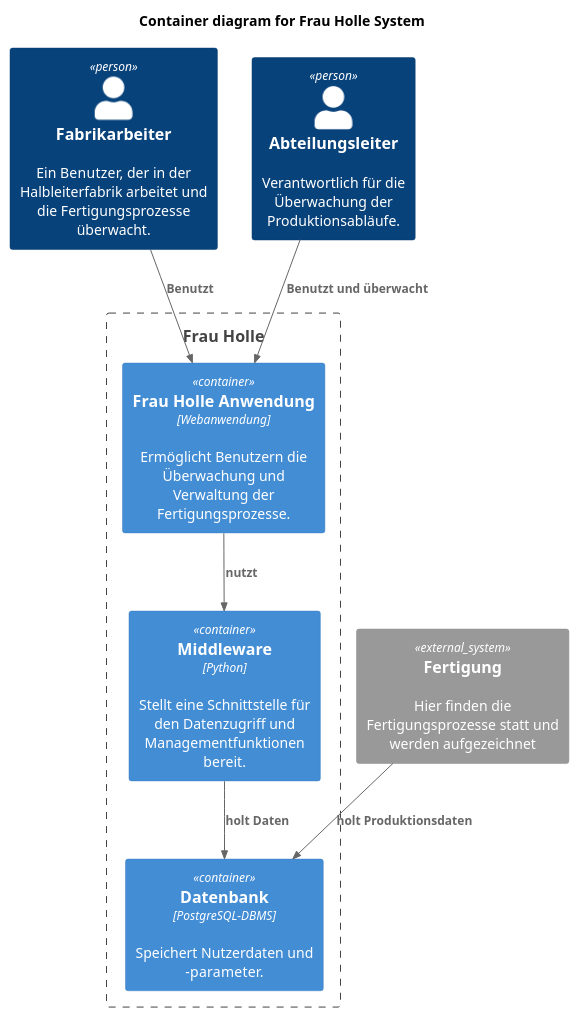
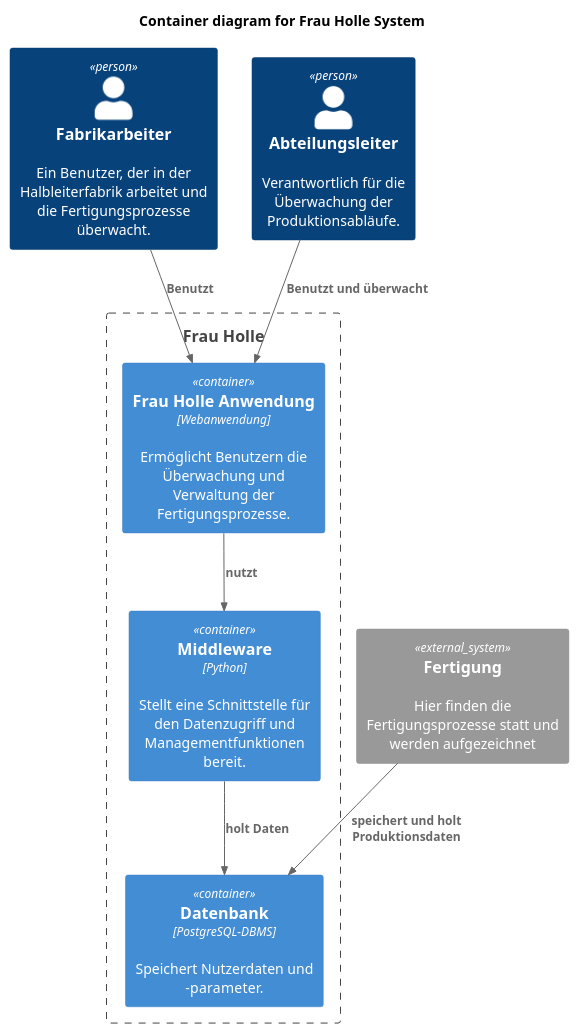
Before and after one commit to RichardSchultz-gh/semiconductor-logistics-automation: the diagram in docs/architecture/plantuml/Frau_Holle_Container_C4.puml, drawn with PlantUML.

Commit message:
kleine PlantUML-Änderung Architektur-Diagramm

```diff
--- a/docs/architecture/plantuml/Frau_Holle_Container_C4.puml
+++ b/docs/architecture/plantuml/Frau_Holle_Container_C4.puml
@@ -1,28 +1,28 @@
 @startuml Frau_Holle_Container_C4
 
 !include https://raw.githubusercontent.com/plantuml-stdlib/C4-PlantUML/master/C4_Container.puml
 
 title Container diagram for Frau Holle System
 
 Person(worker, "Fabrikarbeiter", "Ein Benutzer, der in der Halbleiterfabrik arbeitet und die Fertigungsprozesse überwacht.")
 Person(manager, "Abteilungsleiter", "Verantwortlich für die Überwachung der Produktionsabläufe.")
 
 Boundary(frauHolleBoundary, "Frau Holle ") {
 
 Container(frauHolleApp, "Frau Holle Anwendung", "Webanwendung", "Ermöglicht Benutzern die Überwachung und Verwaltung der Fertigungsprozesse.")
 Container(db, "Datenbank", "PostgreSQL-DBMS", "Speichert Nutzerdaten und -parameter.")
 Container(api, "Middleware", "Python", "Stellt eine Schnittstelle für den Datenzugriff und Managementfunktionen bereit.")
 
 Rel(worker, frauHolleApp, "Benutzt")
 Rel(manager, frauHolleApp, "Benutzt und überwacht")
 Rel(frauHolleApp, api, "nutzt")
 
 
 }
 
 System_Ext(manufacturing, "Fertigung", "Hier finden die Fertigungsprozesse statt und werden aufgezeichnet")
 
 
-Rel(manufacturing, db, "holt Produktionsdaten")
+Rel(manufacturing, db, "speichert und holt Produktionsdaten")
 Rel(api, db, "holt Daten")
 @enduml
```
